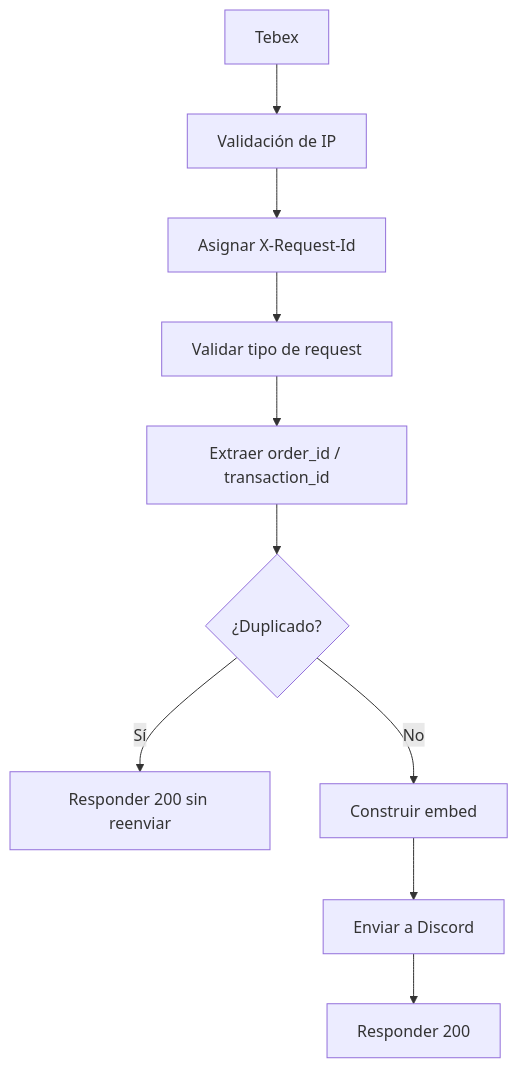
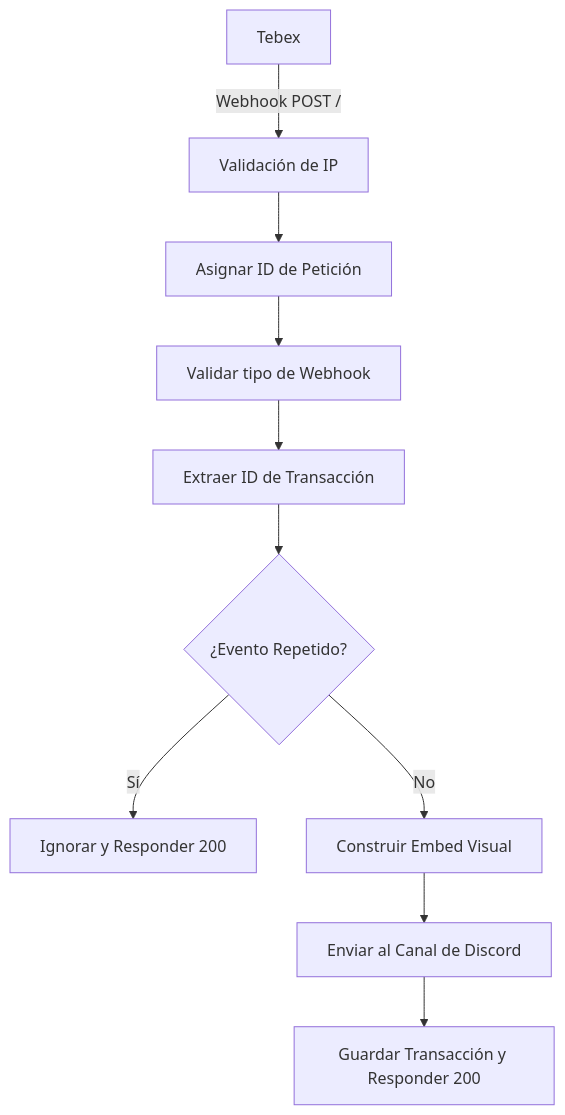
One commit to vC3sar/WH-Tebex-MicroService-2025 changed the diagram in README.md. Above: the diagram before and after it, drawn with Mermaid. The commit also changed other lines of this file and 6 other files, not shown here.

````diff
--- a/README.md
+++ b/README.md
@@ -64,12 +121,12 @@
 ```mermaid
 flowchart TD
-    A[Tebex] --> B[Validación de IP]
-    B --> C[Asignar X-Request-Id]
-    C --> D[Validar tipo de request]
-    D --> E[Extraer order_id / transaction_id]
-    E --> F{¿Duplicado?}
-    F -- Sí --> G[Responder 200 sin reenviar]
-    F -- No --> H[Construir embed]
-    H --> I[Enviar a Discord]
-    I --> J[Responder 200]
+    A[Tebex] -->|Webhook POST /| B[Validación de IP]
+    B --> C[Asignar ID de Petición]
+    C --> D[Validar tipo de Webhook]
+    D --> E[Extraer ID de Transacción]
+    E --> F{¿Evento Repetido?}
+    F -- Sí --> G[Ignorar y Responder 200]
+    F -- No --> H[Construir Embed Visual]
+    H --> I[Enviar al Canal de Discord]
+    I --> J[Guardar Transacción y Responder 200]
 ```
````
